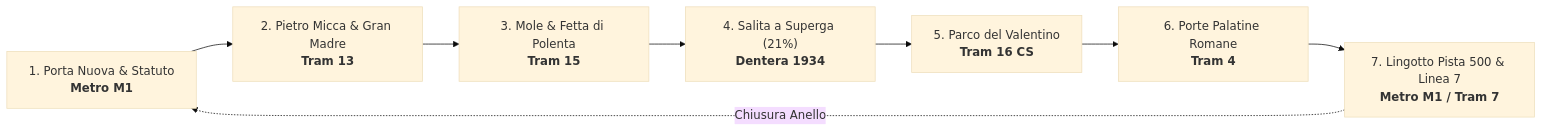
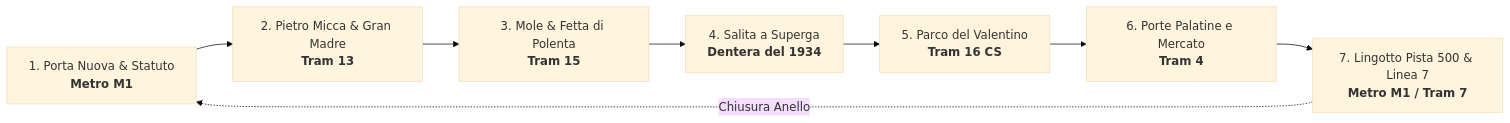
The diagram in README.md (MRJonam91/TorinoTramTour), drawn with Mermaid (base theme) before and after one commit. The commit also changed other lines of this file and 2 other files, not shown here.

````diff
--- a/README.md
+++ b/README.md
@@ -38,10 +39,10 @@
 ```mermaid
 flowchart LR
     P1["1. Porta Nuova & Statuto<br/><b>Metro M1</b>"] --> P2["2. Pietro Micca & Gran Madre<br/><b>Tram 13</b>"]
     P2 --> P3["3. Mole & Fetta di Polenta<br/><b>Tram 15</b>"]
-    P3 --> P4["4. Salita a Superga (21%)<br/><b>Dentera 1934</b>"]
+    P3 --> P4["4. Salita a Superga<br/><b>Dentera del 1934</b>"]
     P4 --> P5["5. Parco del Valentino<br/><b>Tram 16 CS</b>"]
-    P5 --> P6["6. Porte Palatine Romane<br/><b>Tram 4</b>"]
+    P5 --> P6["6. Porte Palatine e Mercato<br/><b>Tram 4</b>"]
     P6 --> P7["7. Lingotto Pista 500 & Linea 7<br/><b>Metro M1 / Tram 7</b>"]
     P7 -.->|Chiusura Anello| P1
 ```
````
